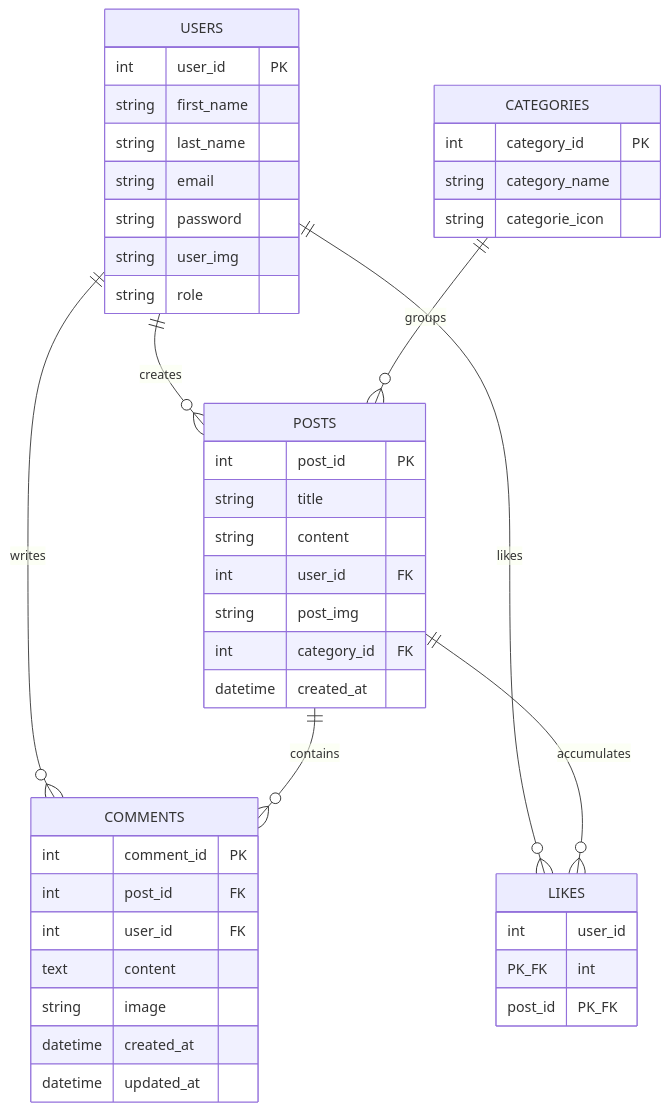
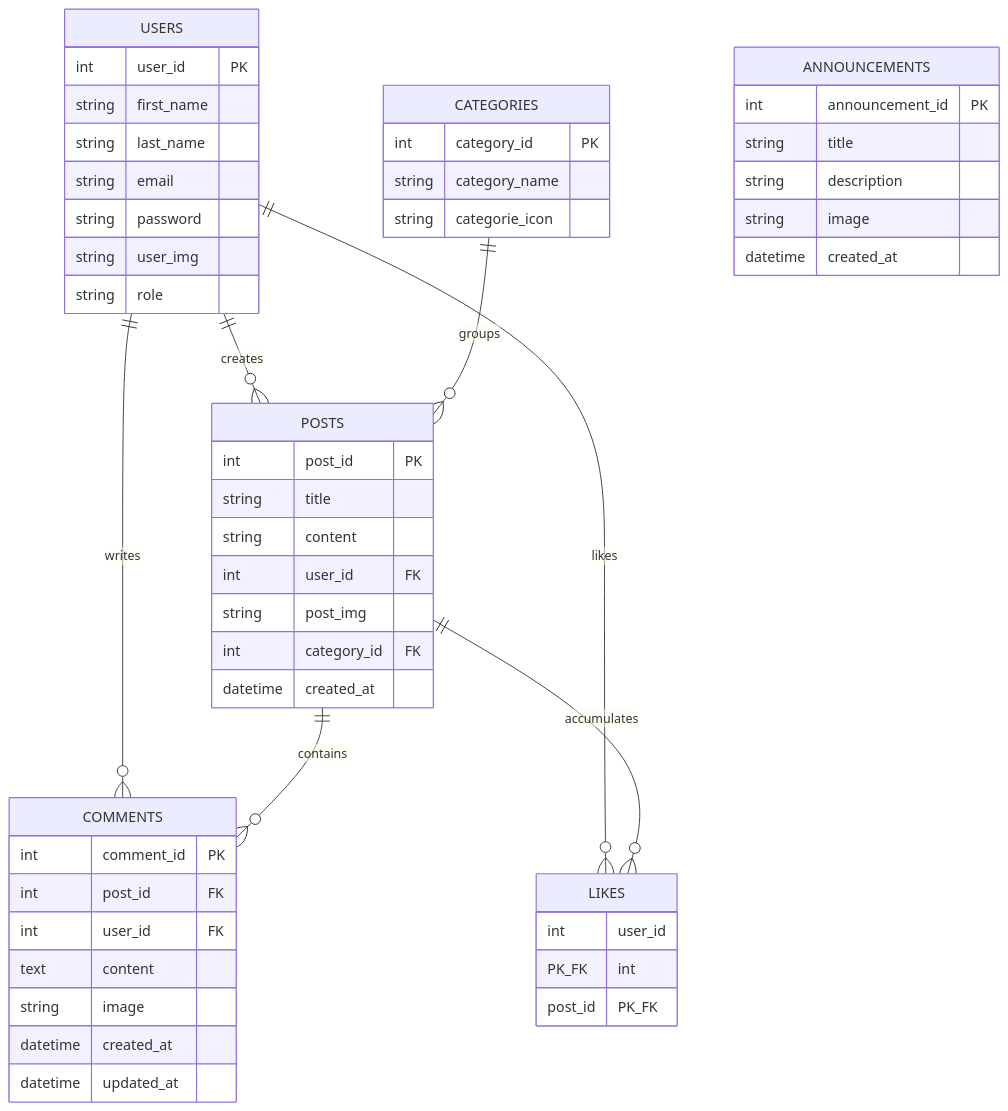
The diagram in CONTEXT.md (narawit101/miniproject-Thread), drawn with Mermaid before and after one commit. The commit also changed other lines of this file and 60 other files, not shown here.

````diff
--- a/CONTEXT.md
+++ b/CONTEXT.md
@@ -36,50 +52,57 @@
 ```mermaid
 erDiagram
     USERS ||--o{ POSTS : "creates"
     USERS ||--o{ COMMENTS : "writes"
     USERS ||--o{ LIKES : "likes"
     CATEGORIES ||--o{ POSTS : "groups"
     POSTS ||--o{ COMMENTS : "contains"
     POSTS ||--o{ LIKES : "accumulates"
 
     USERS {
         int user_id PK
         string first_name
         string last_name
         string email
         string password
         string user_img
         string role
     }
 
     CATEGORIES {
         int category_id PK
         string category_name
         string categorie_icon
     }
 
     POSTS {
         int post_id PK
         string title
         string content
         int user_id FK
         string post_img
         int category_id FK
         datetime created_at
     }
 
     COMMENTS {
         int comment_id PK
         int post_id FK
         int user_id FK
         text content
         string image
         datetime created_at
         datetime updated_at
     }
 
     LIKES {
         int user_id PK_FK
         int post_id PK_FK
     }
+    ANNOUNCEMENTS {
+        int announcement_id PK
+        string title
+        string description
+        string image
+        datetime created_at
+    }
 ```
````
